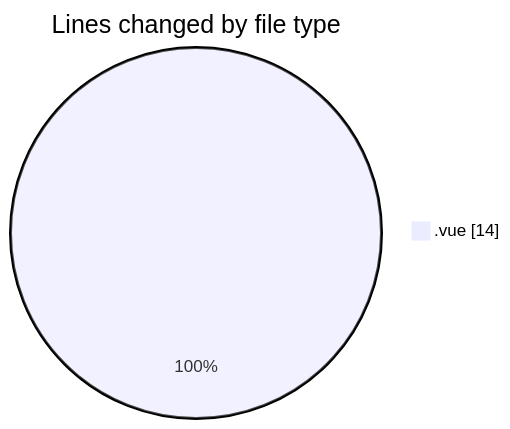
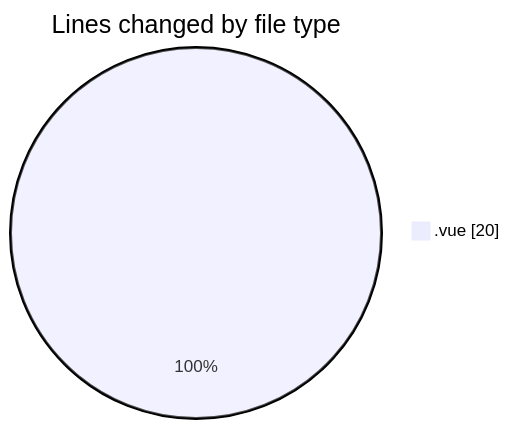
One commit to robertbonfada/code-tracking changed the first of 2 diagrams in 2025-03-14/lumine-web/README.md. Above: the diagram before and after it, drawn with Mermaid. The commit also changed other lines of this file and 1 other file, not shown here.

````diff
--- a/2025-03-14/lumine-web/README.md
+++ b/2025-03-14/lumine-web/README.md
@@ -20,5 +20,5 @@
 ```mermaid
 pie showData
 title Lines changed by file type
-".vue" : 14
+".vue" : 20
 ```
````
